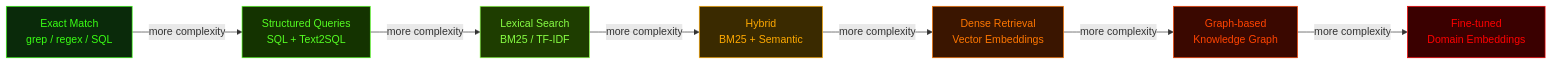
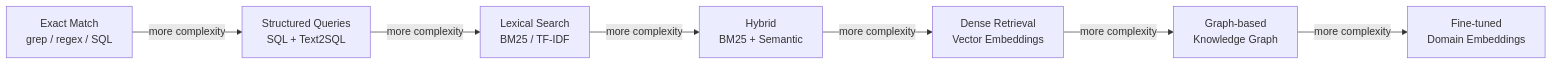
One commit to bet0x/barrahome-2026 changed the first of 3 diagrams in 2026/02/19/rag-from-theory-to-enterprise.md. Above: the diagram before and after it, drawn with Mermaid. The commit also changed other lines of this file, not shown here.

Commit message:
Fix mermaid styles/diamond syntax and convert tables to HTML

```diff
--- a/2026/02/19/rag-from-theory-to-enterprise.md
+++ b/2026/02/19/rag-from-theory-to-enterprise.md
@@ -24,25 +24,17 @@
 <div class="mermaid">
 graph LR
     EM[Exact Match<br/>grep / regex / SQL]
     SQL[Structured Queries<br/>SQL + Text2SQL]
     BM25[Lexical Search<br/>BM25 / TF-IDF]
     HYB[Hybrid<br/>BM25 + Semantic]
     VEC[Dense Retrieval<br/>Vector Embeddings]
     GRAPH[Graph-based<br/>Knowledge Graph]
     FINE[Fine-tuned<br/>Domain Embeddings]
 
     EM -->|more complexity| SQL
     SQL -->|more complexity| BM25
     BM25 -->|more complexity| HYB
     HYB -->|more complexity| VEC
     VEC -->|more complexity| GRAPH
     GRAPH -->|more complexity| FINE
-
-    style EM fill:#0a2a0a,stroke:#39ff14,color:#39ff14
-    style SQL fill:#143300,stroke:#55ff22,color:#55ff22
-    style BM25 fill:#1e3d00,stroke:#88ff44,color:#88ff44
-    style HYB fill:#3a2a00,stroke:#ffaa00,color:#ffaa00
-    style VEC fill:#3a1500,stroke:#ff7700,color:#ff7700
-    style GRAPH fill:#3a0800,stroke:#ff4400,color:#ff4400
-    style FINE fill:#3a0000,stroke:#ff0000,color:#ff0000
 </div>
```
